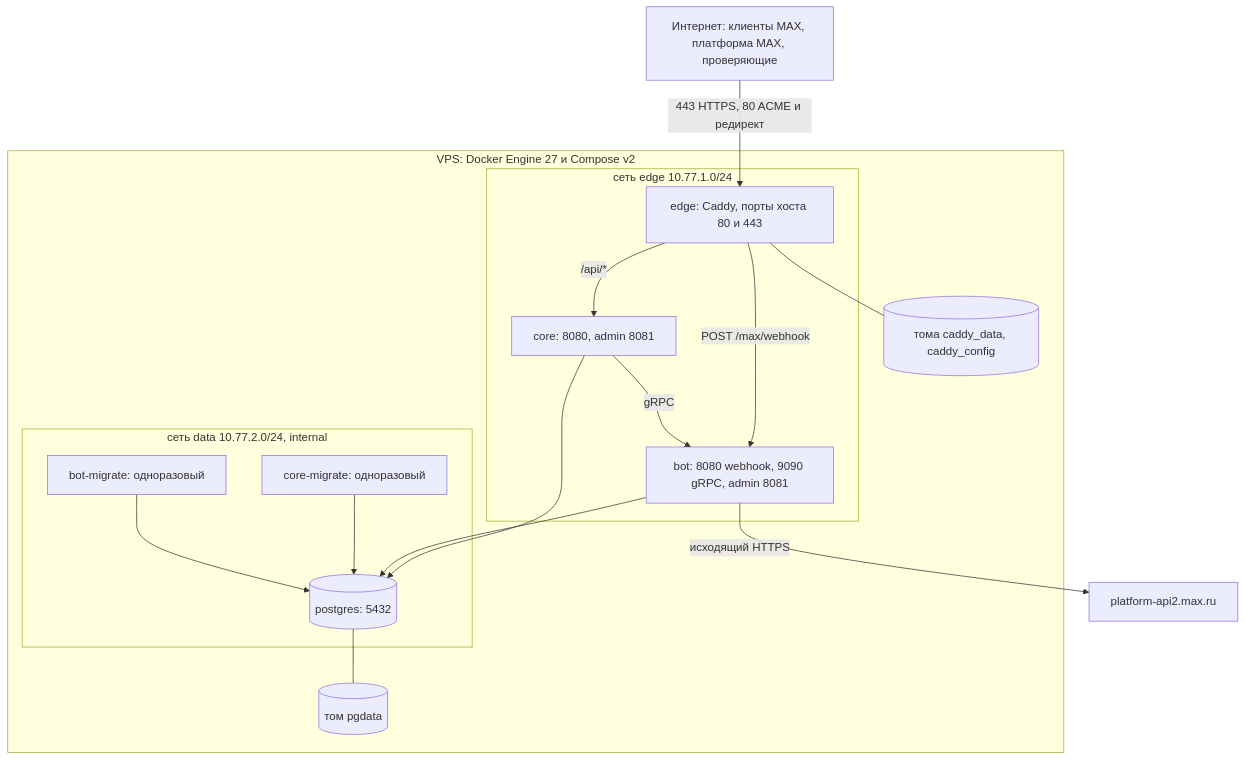
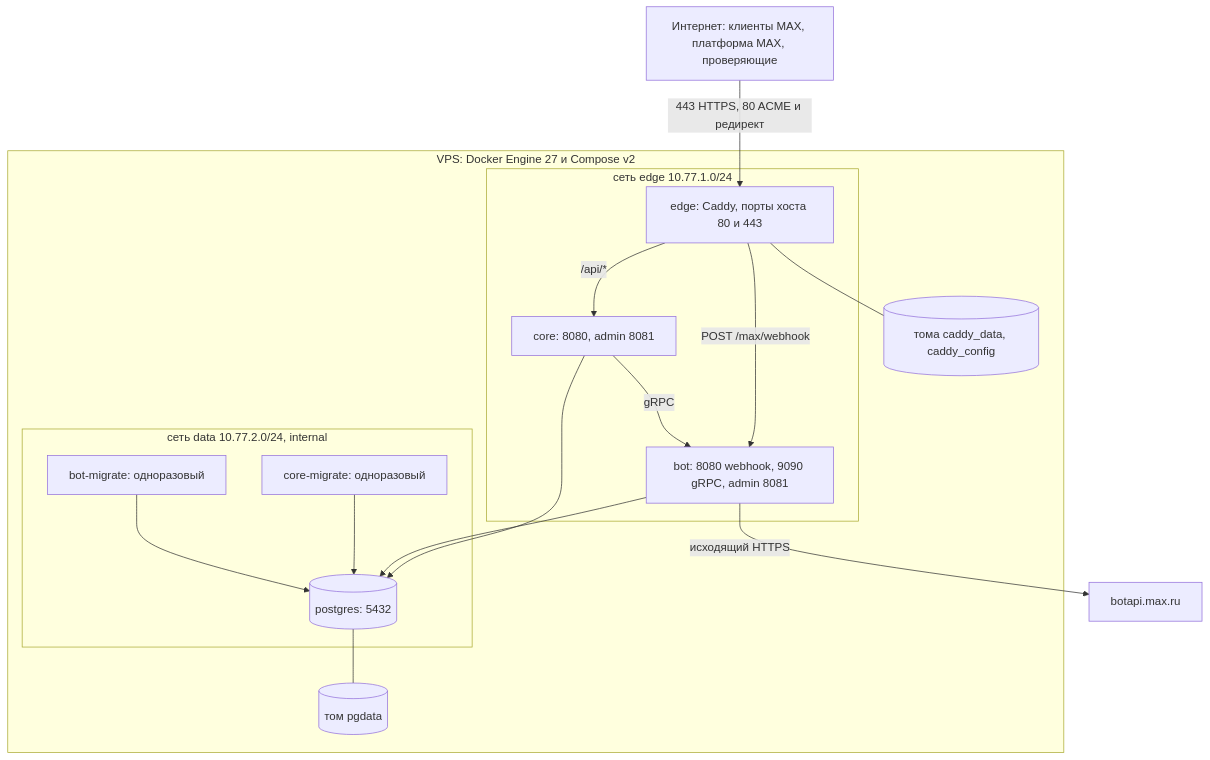
One commit to WlcM111/max_mini_app changed the diagram in docs/architecture/deployment.md. Above: the diagram before and after it, drawn with Mermaid. The commit also changed 87 other files, not shown here.

````diff
--- a/docs/architecture/deployment.md
+++ b/docs/architecture/deployment.md
@@ -7,30 +7,30 @@
 ```mermaid
 flowchart TB
   internet["Интернет: клиенты MAX, платформа MAX, проверяющие"]
   subgraph host["VPS: Docker Engine 27 и Compose v2"]
     subgraph netedge["сеть edge 10.77.1.0/24"]
       edge["edge: Caddy, порты хоста 80 и 443"]
       core["core: 8080, admin 8081"]
       bot["bot: 8080 webhook, 9090 gRPC, admin 8081"]
     end
     subgraph netdata["сеть data 10.77.2.0/24, internal"]
       pg[("postgres: 5432")]
       cm["core-migrate: одноразовый"]
       bm["bot-migrate: одноразовый"]
     end
     v1[("том pgdata")]
     v2[("тома caddy_data, caddy_config")]
   end
-  maxapi["platform-api2.max.ru"]
+  maxapi["botapi.max.ru"]
   internet -->|"443 HTTPS, 80 ACME и редирект"| edge
   edge -->|"/api/*"| core
   edge -->|"POST /max/webhook"| bot
   core -->|"gRPC"| bot
   core --> pg
   bot --> pg
   cm --> pg
   bm --> pg
   bot -->|"исходящий HTTPS"| maxapi
   pg --- v1
   edge --- v2
 ```
````
